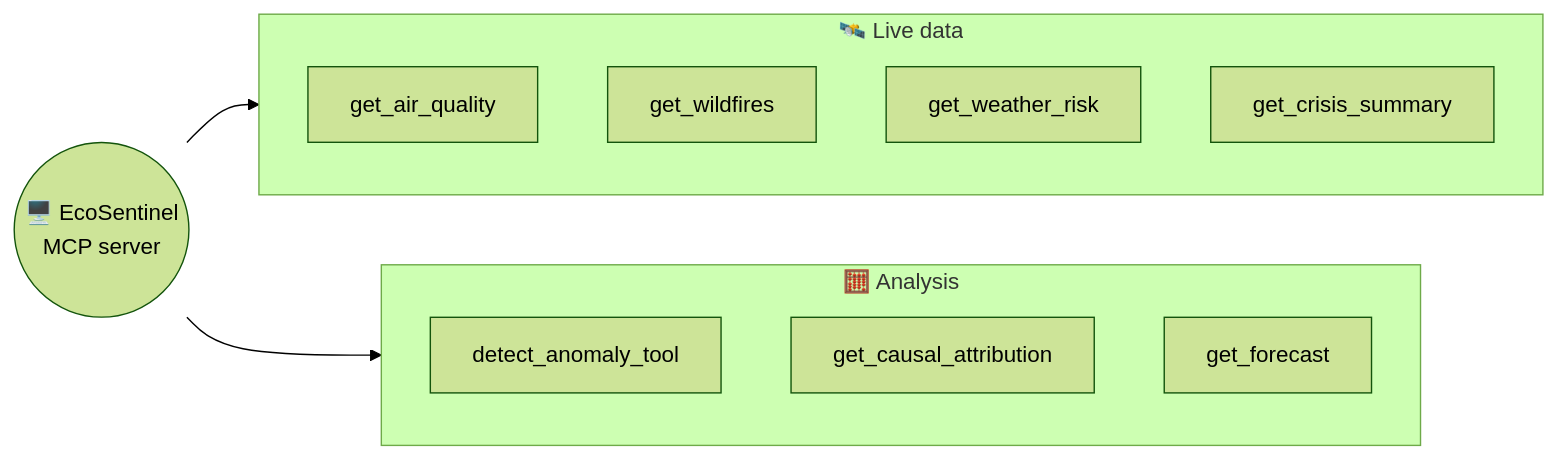
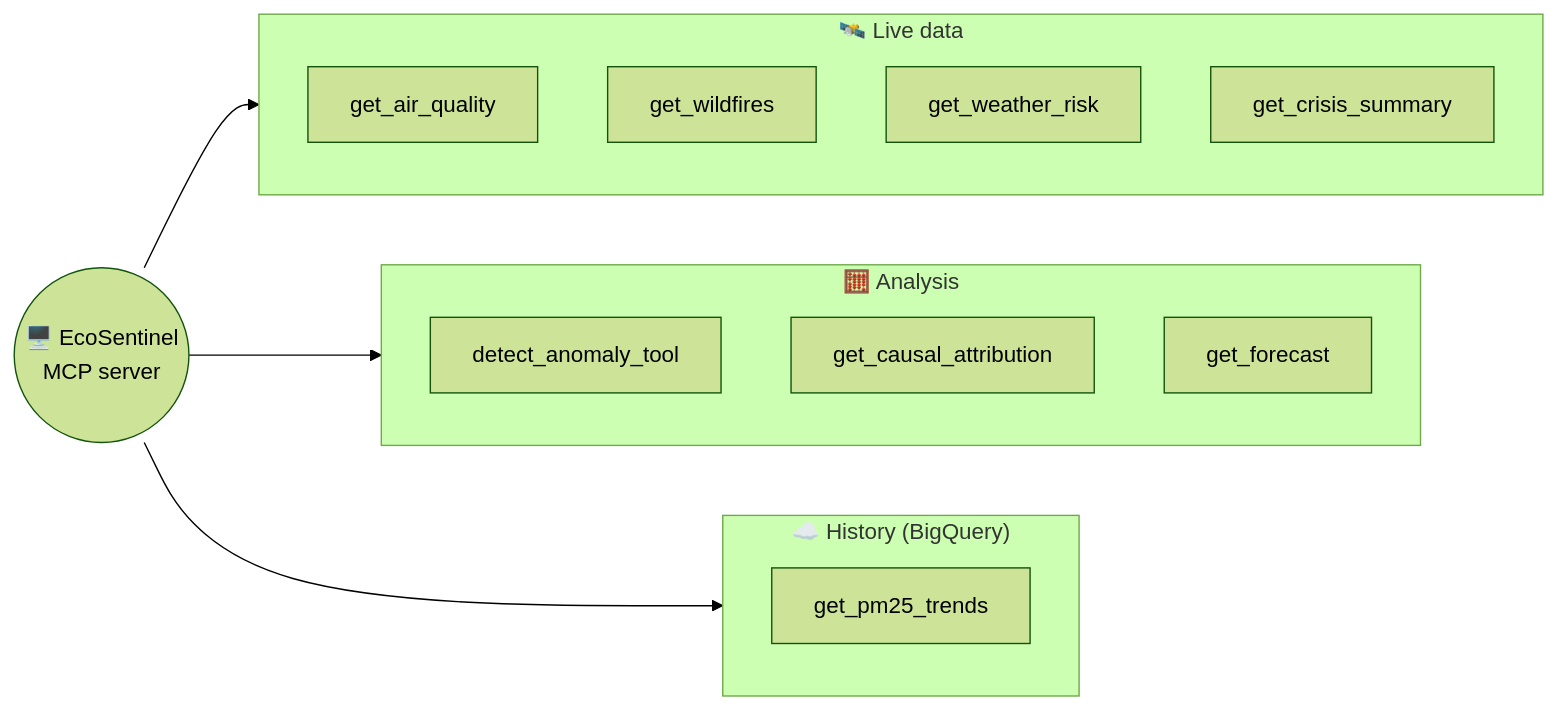
Before and after one commit to maahipatel05/ecosentinel: the sixth of 18 diagrams in README.md, drawn with Mermaid (forest theme). The commit also changed other lines of this file and 11 other files, not shown here.

````diff
--- a/README.md
+++ b/README.md
@@ -264,20 +283,25 @@
 ```mermaid
 flowchart LR
     S(("🖥️ EcoSentinel<br/>MCP server"))
 
     subgraph Live["🛰️ Live data"]
         T1["get_air_quality"]
         T2["get_wildfires"]
         T3["get_weather_risk"]
         T4["get_crisis_summary"]
     end
 
     subgraph Analysis["🧮 Analysis"]
         T5["detect_anomaly_tool"]
         T6["get_causal_attribution"]
         T7["get_forecast"]
     end
 
+    subgraph History["☁️ History (BigQuery)"]
+        T8["get_pm25_trends"]
+    end
+
     S --> Live
     S --> Analysis
+    S --> History
 ```
````
